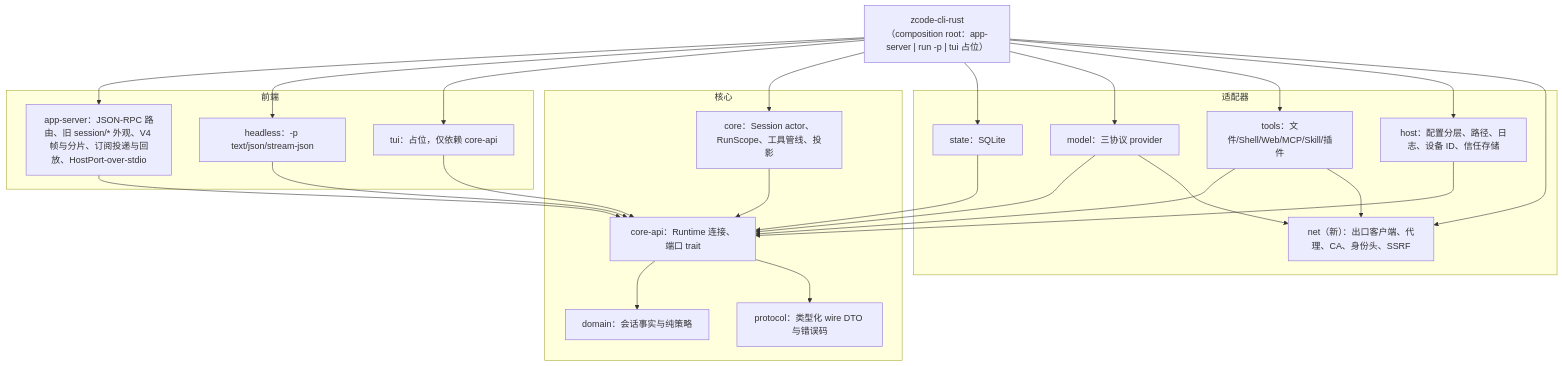
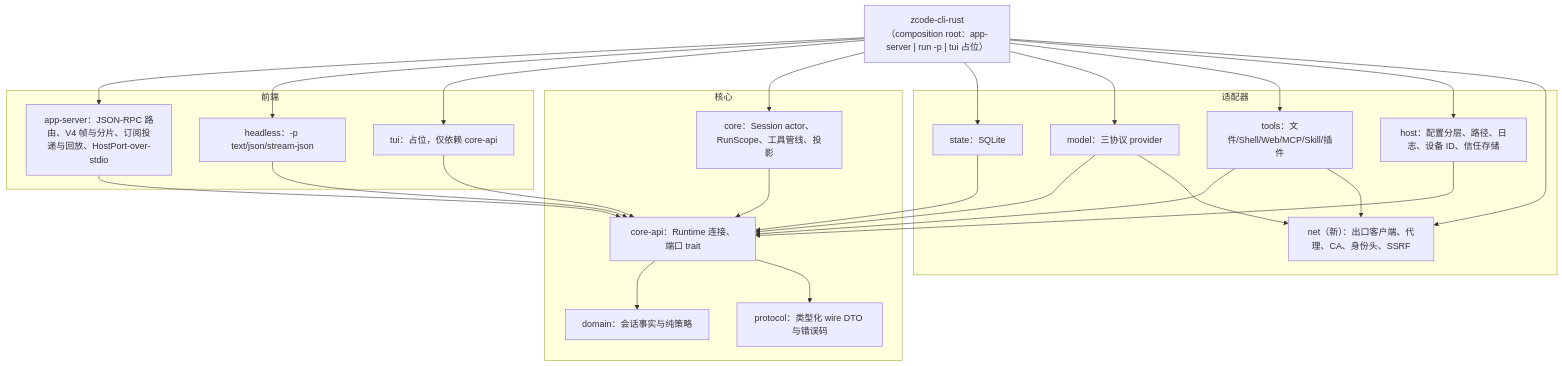
Before and after one commit to MBearo/ZCode-rs: the first of 3 diagrams in docs/specs/rust-p0-p1-architecture.md, drawn with Mermaid. The commit also changed other lines of this file, not shown here.

````diff
--- a/docs/specs/rust-p0-p1-architecture.md
+++ b/docs/specs/rust-p0-p1-architecture.md
@@ -48,28 +48,28 @@
 ```mermaid
 flowchart TB
     bin["zcode-cli-rust（composition root：app-server | run -p | tui 占位）"]
     subgraph front["前端"]
-        appsrv["app-server：JSON-RPC 路由、旧 session/* 外观、V4 帧与分片、订阅投递与回放、HostPort-over-stdio"]
+        appsrv["app-server：JSON-RPC 路由、V4 帧与分片、订阅投递与回放、HostPort-over-stdio"]
         headless["headless：-p text/json/stream-json"]
         tui["tui：占位，仅依赖 core-api"]
     end
     subgraph core["核心"]
         coreapi["core-api：Runtime 连接、端口 trait"]
         corec["core：Session actor、RunScope、工具管线、投影"]
         domain["domain：会话事实与纯策略"]
         protocol["protocol：类型化 wire DTO 与错误码"]
     end
     subgraph adapters["适配器"]
         state["state：SQLite"]
         model["model：三协议 provider"]
         tools["tools：文件/Shell/Web/MCP/Skill/插件"]
         host["host：配置分层、路径、日志、设备 ID、信任存储"]
         net["net（新）：出口客户端、代理、CA、身份头、SSRF"]
     end
     bin --> appsrv & headless & tui
     appsrv & headless & tui --> coreapi
     corec --> coreapi --> domain & protocol
     state & model & tools & host --> coreapi
     model & tools --> net
     bin --> corec & state & model & tools & host & net
 ```
````
